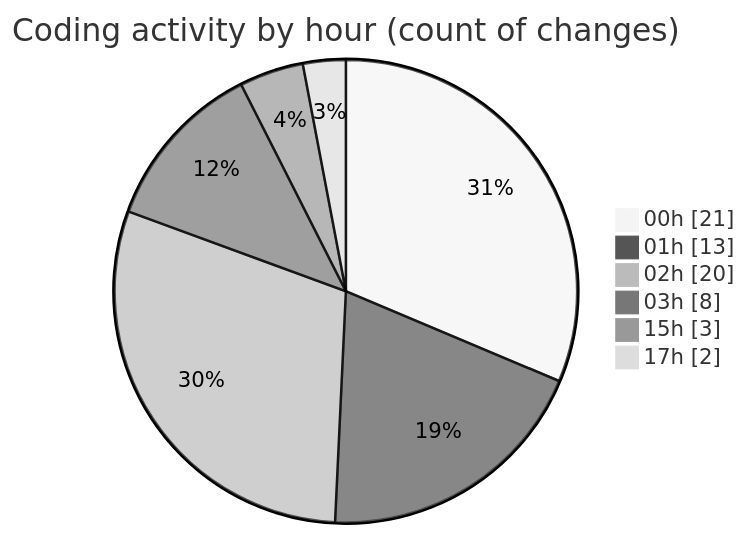
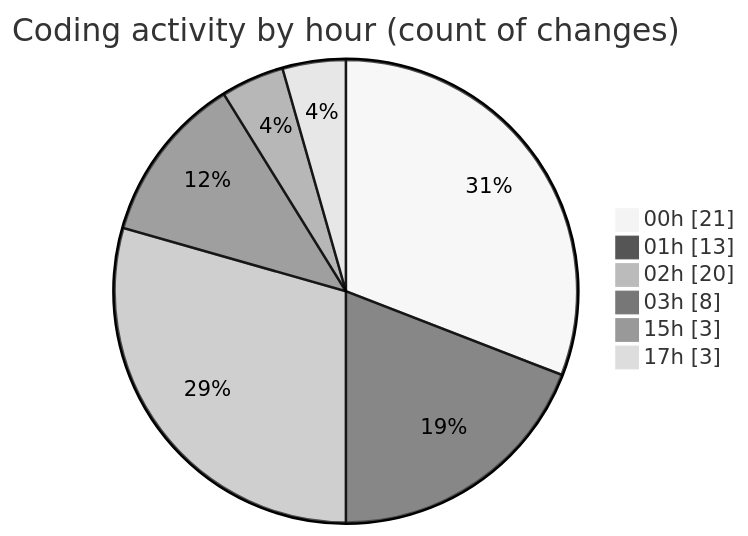
Before and after one commit to Ritupan-Deka/code-tracking: the second of 2 diagrams in 2025-06-22/___base/README.md, drawn with Mermaid (neutral theme). The commit also changed other lines of this file and 1 other file, not shown here.

````diff
--- a/2025-06-22/___base/README.md
+++ b/2025-06-22/___base/README.md
@@ -30,10 +32,10 @@
 ```mermaid
 pie showData
 title Coding activity by hour (count of changes)
 "00h" : 21
 "01h" : 13
 "02h" : 20
 "03h" : 8
 "15h" : 3
-"17h" : 2
+"17h" : 3
 ```
````
